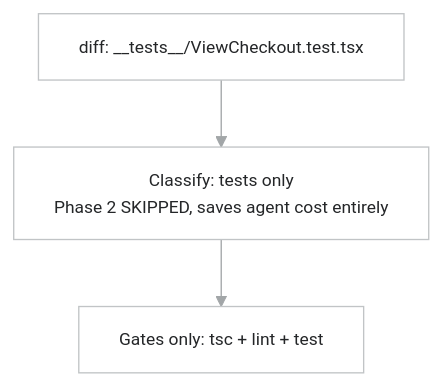
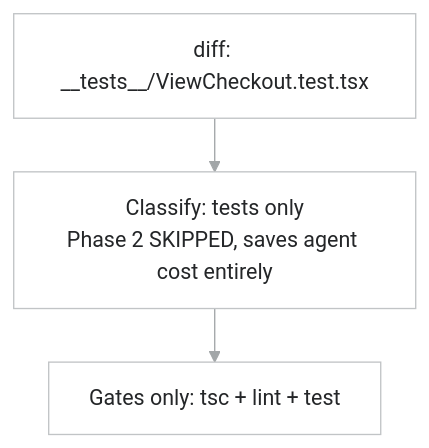
One commit to raditia/CraftKit changed the tenth of 17 diagrams in README.md. Above: the diagram before and after it, drawn with Mermaid. The commit also changed other lines of this file, not shown here.

First line of the commit message:
docs: make README diagrams readable at GitHub width

````diff
--- a/README.md
+++ b/README.md
@@ -700,25 +721,27 @@
 ```mermaid
 ---
 config:
   theme: base
   look: classic
   fontFamily: "-apple-system, BlinkMacSystemFont, Segoe UI, Helvetica, Arial, sans-serif"
   themeVariables:
     fontFamily: "-apple-system, BlinkMacSystemFont, Segoe UI, Helvetica, Arial, sans-serif"
-    fontSize: 13px
+    fontSize: 16px
     primaryColor: "#FFFFFF"
     primaryBorderColor: "#C1C4C6"
     primaryTextColor: "#242628"
     lineColor: "#A2A6A8"
     clusterBkg: "#F5FBFF"
     clusterBorder: "#F0F1F2"
     titleColor: "#707577"
     edgeLabelBackground: "#FFFFFF"
   flowchart:
     curve: basis
-    wrappingWidth: 640
+    wrappingWidth: 240
+    nodeSpacing: 30
+    rankSpacing: 40
 ---
 flowchart TD
-    A["diff: __tests__/ViewCheckout.test.tsx"] --> B["Classify: tests only\nPhase 2 SKIPPED, saves agent cost entirely"]
+    A["diff: __tests__/ViewCheckout.test.tsx"] --> B["Classify: tests only<br/>Phase 2 SKIPPED, saves agent cost entirely"]
     B --> C["Gates only: tsc + lint + test"]
 ```
````
